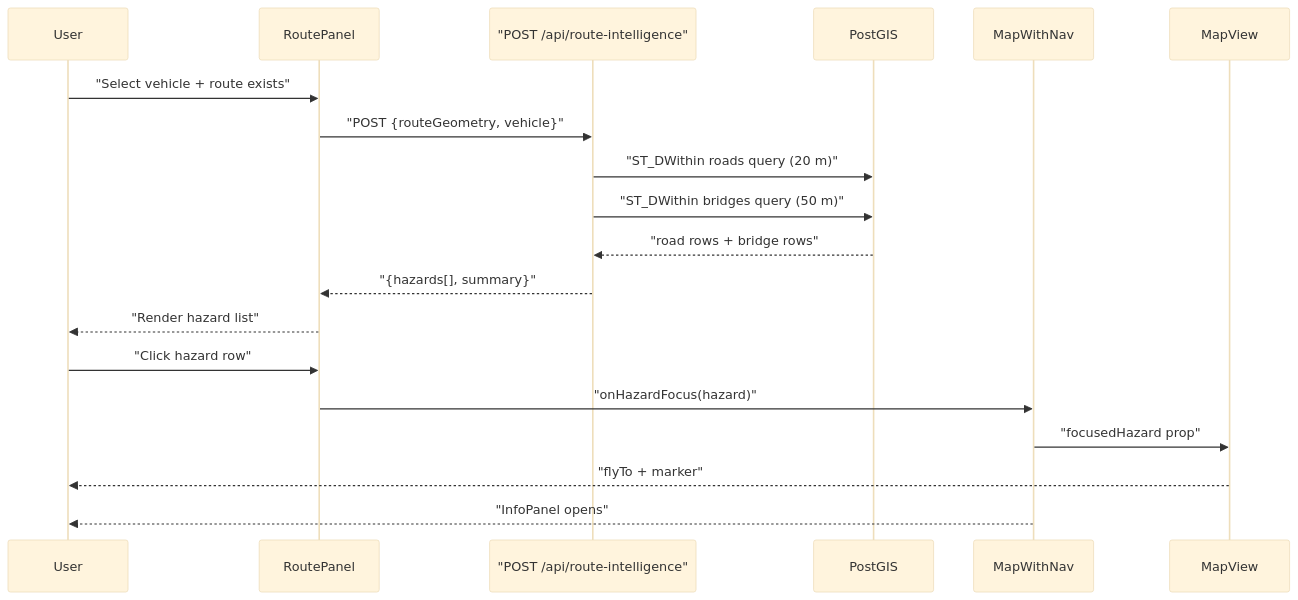
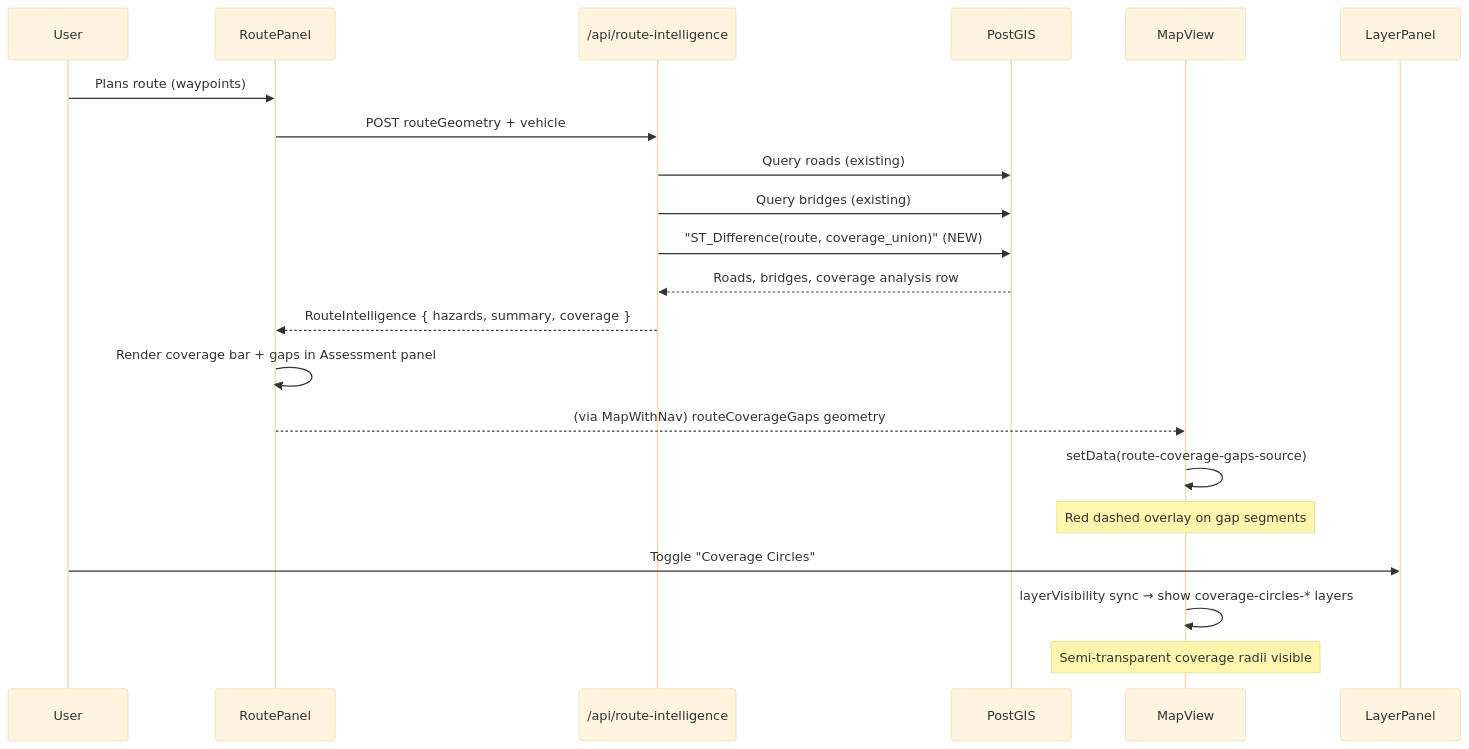
Before and after one commit to Hylje5000/aurora: the diagram in MODIFICATION_DESIGN.md, drawn with Mermaid (base theme). The commit also changed other lines of this file and 3 other files, not shown here.

First line of the commit message:
test(layers): add Coverage Circles toggle tests to LayerPanel suite

````diff
--- a/MODIFICATION_DESIGN.md
+++ b/MODIFICATION_DESIGN.md
@@ -95,22 +209,24 @@
 ```mermaid
 sequenceDiagram
     participant U as User
     participant RP as RoutePanel
-    participant API as "POST /api/route-intelligence"
+    participant API as /api/route-intelligence
     participant DB as PostGIS
-    participant MWN as MapWithNav
     participant MV as MapView
 
-    U->>RP: "Select vehicle + route exists"
-    RP->>API: "POST {routeGeometry, vehicle}"
-    API->>DB: "ST_DWithin roads query (20 m)"
-    API->>DB: "ST_DWithin bridges query (50 m)"
-    DB-->>API: "road rows + bridge rows"
-    API-->>RP: "{hazards[], summary}"
-    RP-->>U: "Render hazard list"
-    U->>RP: "Click hazard row"
-    RP->>MWN: "onHazardFocus(hazard)"
-    MWN->>MV: "focusedHazard prop"
-    MV-->>U: "flyTo + marker"
-    MWN-->>U: "InfoPanel opens"
+    U->>RP: Plans route (waypoints)
+    RP->>API: POST routeGeometry + vehicle
+    API->>DB: Query roads (existing)
+    API->>DB: Query bridges (existing)
+    API->>DB: "ST_Difference(route, coverage_union)" (NEW)
+    DB-->>API: Roads, bridges, coverage analysis row
+    API-->>RP: RouteIntelligence { hazards, summary, coverage }
+    RP->>RP: Render coverage bar + gaps in Assessment panel
+    RP-->>MV: (via MapWithNav) routeCoverageGaps geometry
+    MV->>MV: setData(route-coverage-gaps-source)
+    Note over MV: Red dashed overlay on gap segments
+
+    U->>LayerPanel: Toggle "Coverage Circles"
+    MV->>MV: layerVisibility sync → show coverage-circles-* layers
+    Note over MV: Semi-transparent coverage radii visible
 ```
````
